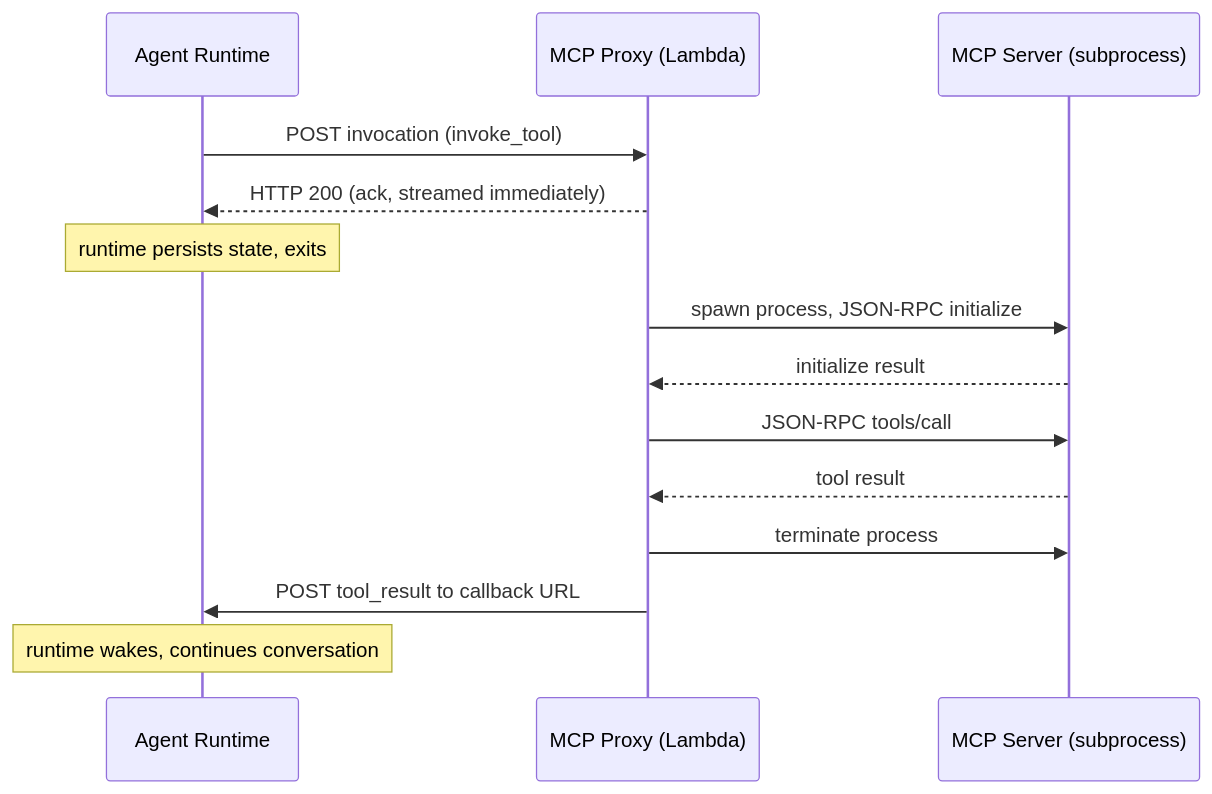
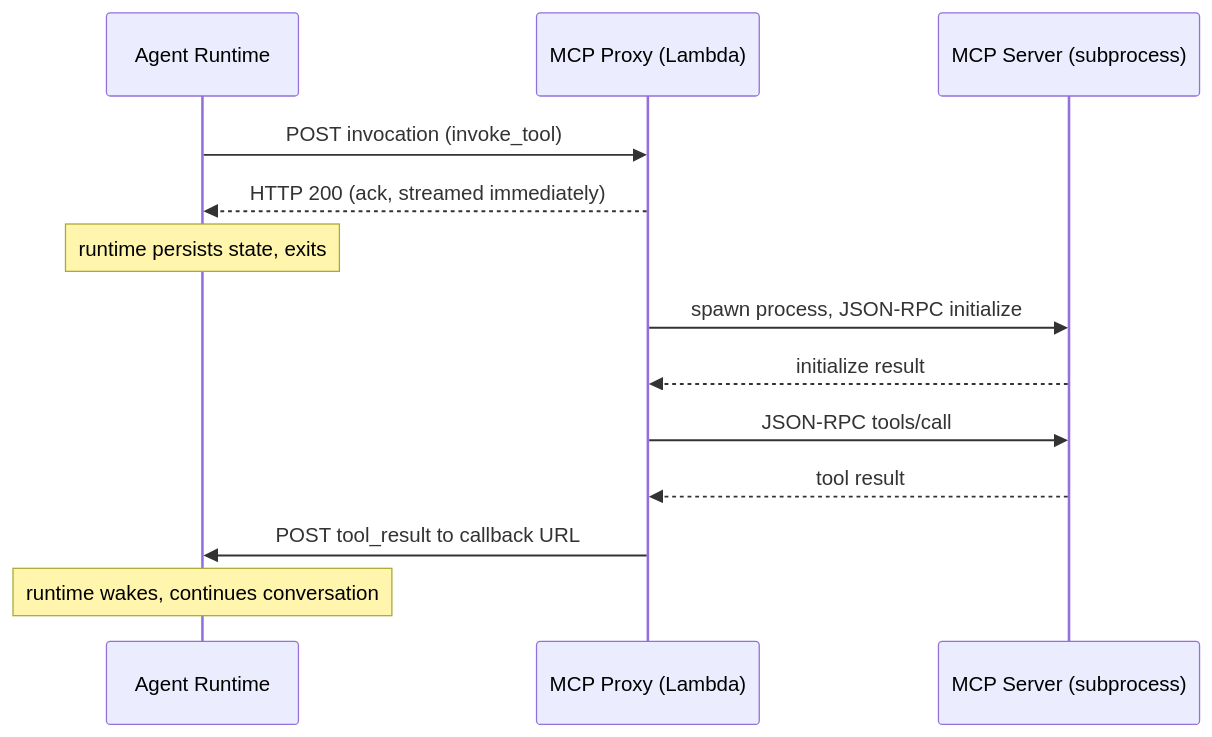
The first of 2 diagrams in docs/docs/about/mcp-compatibility.md (hydro-project/infinity), drawn with Mermaid before and after one commit. The commit also changed other lines of this file and 21 other files, not shown here.

Commit message:
Rewrite major portions of architecture docs and deployment

````diff
--- a/docs/docs/about/mcp-compatibility.md
+++ b/docs/docs/about/mcp-compatibility.md
@@ -16,21 +16,20 @@
 ```mermaid
 sequenceDiagram
     participant R as Agent Runtime
     participant P as MCP Proxy (Lambda)
     participant M as MCP Server (subprocess)
 
     R->>P: POST invocation (invoke_tool)
     P-->>R: HTTP 200 (ack, streamed immediately)
 
     Note over R: runtime persists state, exits
 
     P->>M: spawn process, JSON-RPC initialize
     M-->>P: initialize result
     P->>M: JSON-RPC tools/call
     M-->>P: tool result
-    P->>M: terminate process
 
     P->>R: POST tool_result to callback URL
 
     Note over R: runtime wakes, continues conversation
 ```
````
